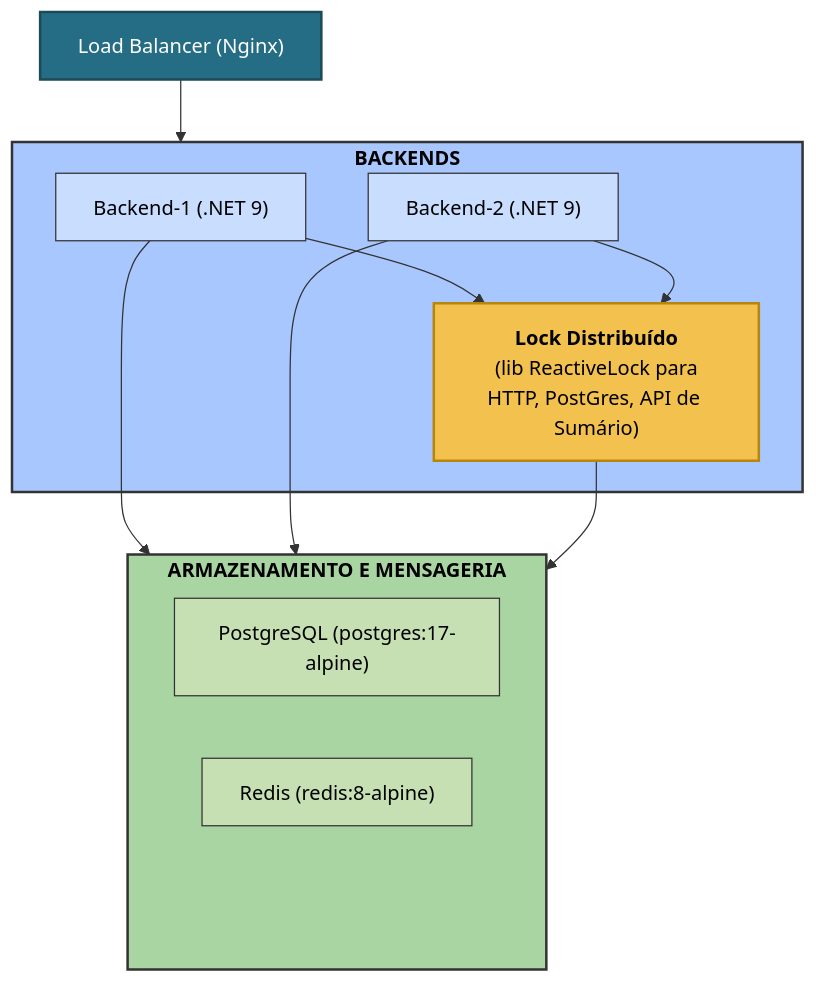
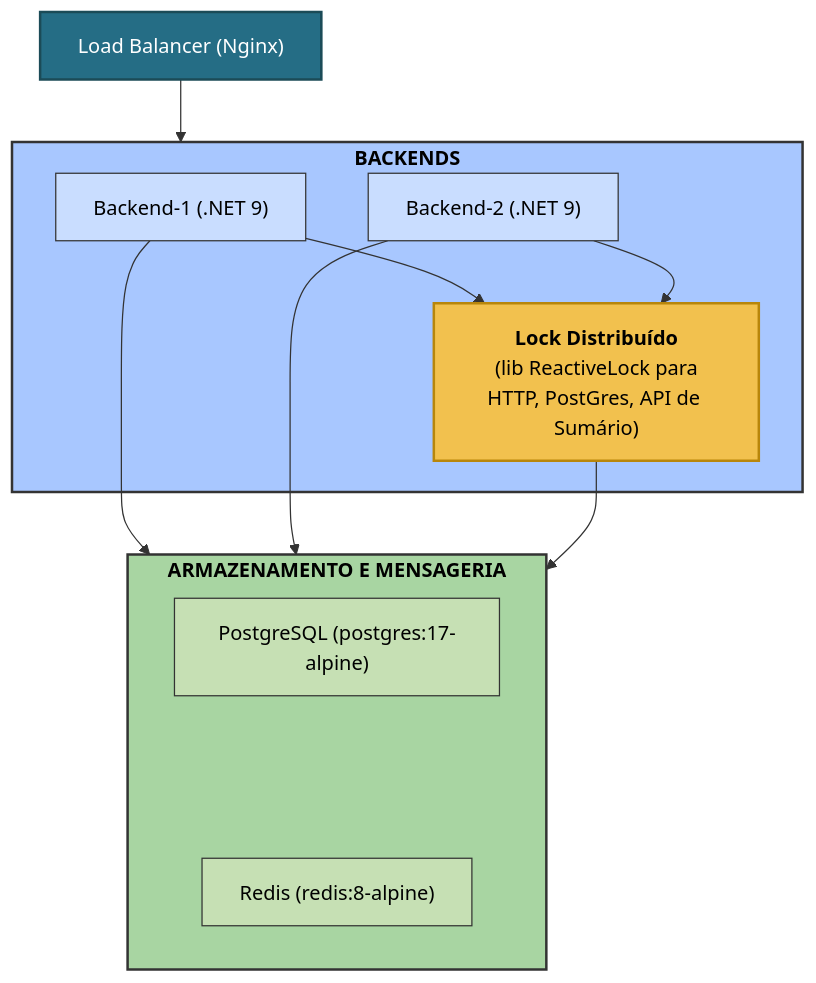
One commit to micheloliveira-com/rinha-de-backend-2025-dotnet-csharp-redis-grpc changed the diagram in README.md. Above: the diagram before and after it, drawn with Mermaid. The commit also changed other lines of this file, not shown here.

Commit message:
fix: reorder Redis declaration in diagram for correct visualization in README

````diff
--- a/README.md
+++ b/README.md
@@ -16,43 +16,43 @@
 ```mermaid
 
 graph TD
   loadBalancer["Load Balancer (Nginx)"]
 
   subgraph backendsGroup["<b>BACKENDS</b>"]
     backend1["Backend-1 (.NET 9)"]
     backend2["Backend-2 (.NET 9)"]
     reactiveLock["<b>Lock Distribuído</b><br/>(lib ReactiveLock para<br/>HTTP, PostGres, API de Sumário)"]
   end
 
   subgraph storageGroup["<b>ARMAZENAMENTO E MENSAGERIA</b>"]
     postgres["PostgreSQL (postgres:17-alpine)"]
+    spacer[" "]:::invisible
     redis["Redis (redis:8-alpine)"]
-    spacer[" "]:::invisible
   end
 
   loadBalancer --> backendsGroup
 
   backend1 --> storageGroup
   backend2 --> storageGroup
 
   backend1 --> reactiveLock
   backend2 --> reactiveLock
 
   reactiveLock --> storageGroup
 
   classDef invisible fill:none,stroke:none;
 
   %% Estilos de cor
   style loadBalancer fill:#256D85,stroke:#1B4B57,stroke-width:2px,color:#FFFFFF
 
   style backendsGroup fill:#a8c7ff,stroke:#333,stroke-width:2px,color:#000
   style backend1 fill:#c9ddff,stroke:#333,stroke-width:1px,color:#000
   style backend2 fill:#c9ddff,stroke:#333,stroke-width:1px,color:#000
   style reactiveLock fill:#f2c14e,stroke:#b8860b,stroke-width:2px,color:#000
 
   style storageGroup fill:#a8d5a2,stroke:#333,stroke-width:2px,color:#000
   style postgres fill:#c6e0b4,stroke:#333,stroke-width:1px,color:#000
   style redis fill:#c6e0b4,stroke:#333,stroke-width:1px,color:#000
   
 
 ```
````
